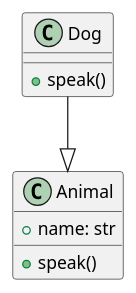
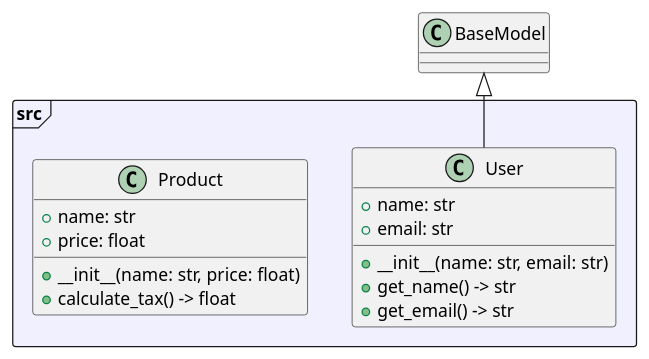
One commit to mihail-gribov/py2puml changed the diagram in README.md. Above: the diagram before and after it, drawn with PlantUML. The commit also changed other lines of this file and 33 other files, not shown here.

````diff
--- a/README.md
+++ b/README.md
@@ -430,12 +191,22 @@
 ```plantuml
 @startuml
-class Animal {
-  +name: str
-  +speak()
+package "src" <<Frame>> #F0F0FF {
+  class User {
+    + name: str
+    + email: str
+    + __init__(name: str, email: str)
+    + get_name() -> str
+    + get_email() -> str
+  }
+  
+  class Product {
+    + name: str
+    + price: float
+    + __init__(name: str, price: float)
+    + calculate_tax() -> float
+  }
 }
-class Dog {
-  +speak()
-}
-Dog --|> Animal
+
+BaseModel <|-- User
 @enduml
 ```
````
